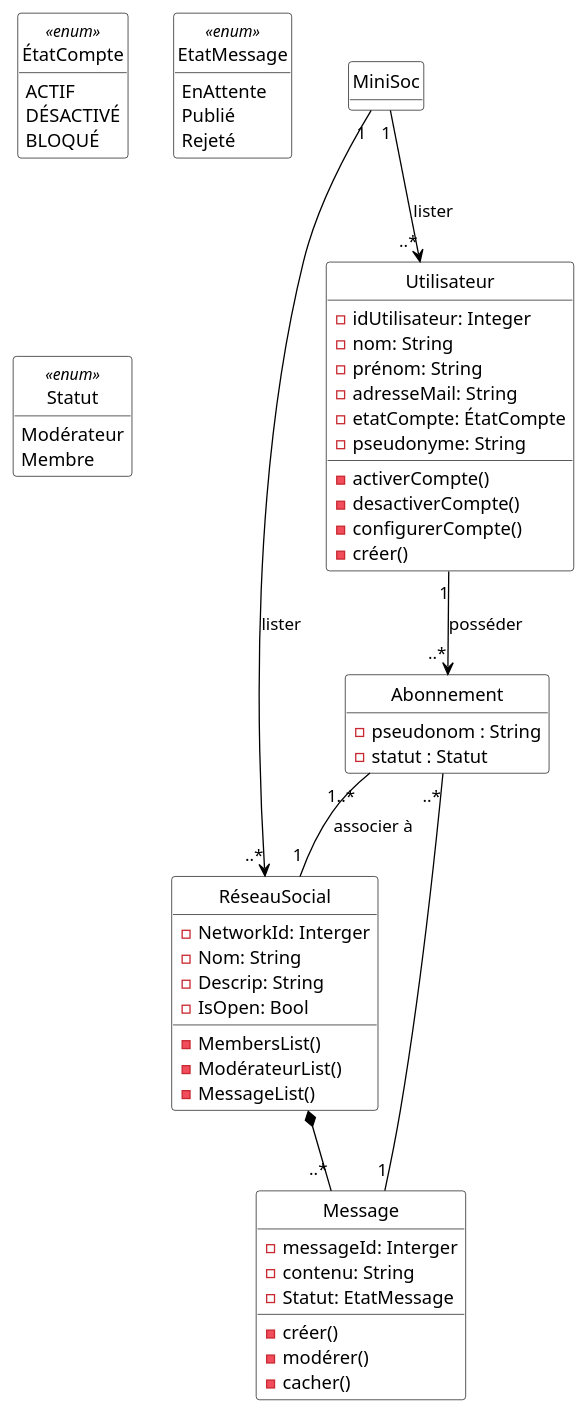
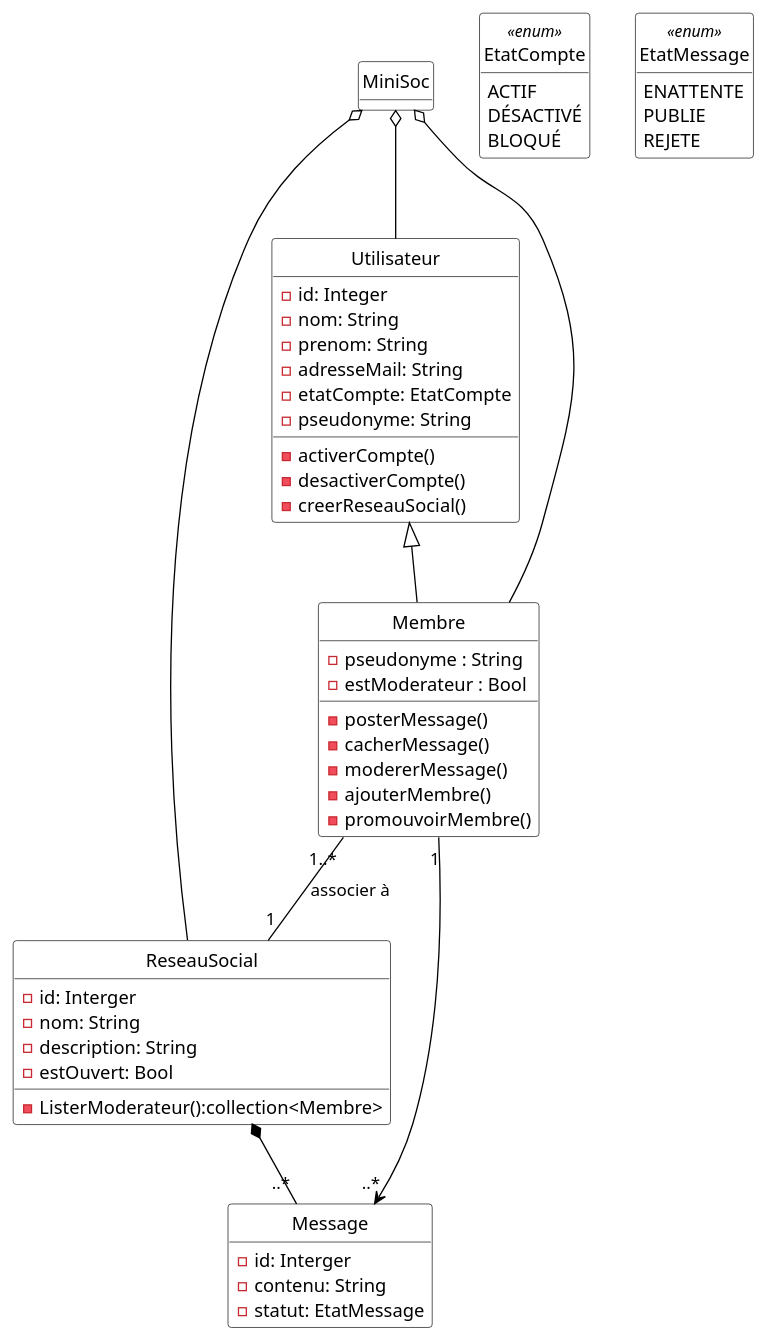
Before and after one commit to yesminete/MiniSocs: the diagram in Diagrammes/minisocs_uml_diag_classes_sans_notif.pu, drawn with PlantUML. The commit also changed 10 other files, not shown here.

Commit message:
correction diagramme de classe / diagramme de seq

```diff
--- a/Diagrammes/minisocs_uml_diag_classes_sans_notif.pu
+++ b/Diagrammes/minisocs_uml_diag_classes_sans_notif.pu
@@ -1,85 +1,81 @@
 @startuml
 
 'Diagramme de classes (PlantUML)'
 
 'Configuration charte graphique'
 hide empty methods
 hide circle
 skinparam class {
   BackgroundColor White
   ArrowColor Black
   BorderColor Black
 }
 
 'Classes, énumérations, etc.'
-class RéseauSocial {
-  -NetworkId: Interger
-  -Nom: String
-  -Descrip: String
-  -IsOpen: Bool
-  -MembersList()
-  -ModérateurList()
-  -MessageList()
+class ReseauSocial {
+  -id: Interger
+  -nom: String
+  -description: String
+  -estOuvert: Bool
+  -ListerModerateur():collection<Membre>
 }
 
 
 class Utilisateur {
-  -idUtilisateur: Integer
+  -id: Integer
   -nom: String
-  -prénom: String
+  -prenom: String
   -adresseMail: String
-  -etatCompte: ÉtatCompte
+  -etatCompte: EtatCompte
   -pseudonyme: String
   -activerCompte()
   -desactiverCompte()
-  -configurerCompte()
-  -créer()
+  -creerReseauSocial()
 }
 
 
-class Abonnement{
-  -pseudonom : String
-  -statut : Statut
+class Membre{
+  -pseudonyme : String
+  -estModerateur : Bool
+  -posterMessage()
+  -cacherMessage()
+  -modererMessage()
+  -ajouterMembre()
+  -promouvoirMembre()
 }
 
 class Message{
-  -messageId: Interger
+  -id: Interger
   -contenu: String
-  -Statut: EtatMessage
-  -créer()
-  -modérer()
-  -cacher()
+  -statut: EtatMessage
 }
 
 class MiniSoc{
 }
 
-enum ÉtatCompte <<enum>> {
+enum EtatCompte <<enum>> {
   ACTIF
   DÉSACTIVÉ
   BLOQUÉ
 }
 
 enum EtatMessage <<enum>>{
-  EnAttente
-  Publié
-  Rejeté
-}
-enum Statut <<enum>>{
-  Modérateur
-  Membre
+  ENATTENTE
+  PUBLIE
+  REJETE
 }
 
 'Associations, etc.'
 
-MiniSoc "1" --> "..*" Utilisateur : lister
-MiniSoc "1" --> "..*" RéseauSocial : lister
-Utilisateur "1"-->"..*" Abonnement : posséder
-Abonnement "1..*"--"1" RéseauSocial : associer à
-Abonnement "..*"--"1" Message
-RéseauSocial *--"..*" Message
+MiniSoc o-- Utilisateur
+MiniSoc o-- ReseauSocial
+MiniSoc o-- Membre
+Utilisateur <|-- Membre 
+Membre "1..*"--"1" ReseauSocial : associer à
+Membre "1"-->"..*" Message
+ReseauSocial *--"..*" Message
 
 
 'Au besoin, aides pour le positionnement'
 
 @enduml
```
